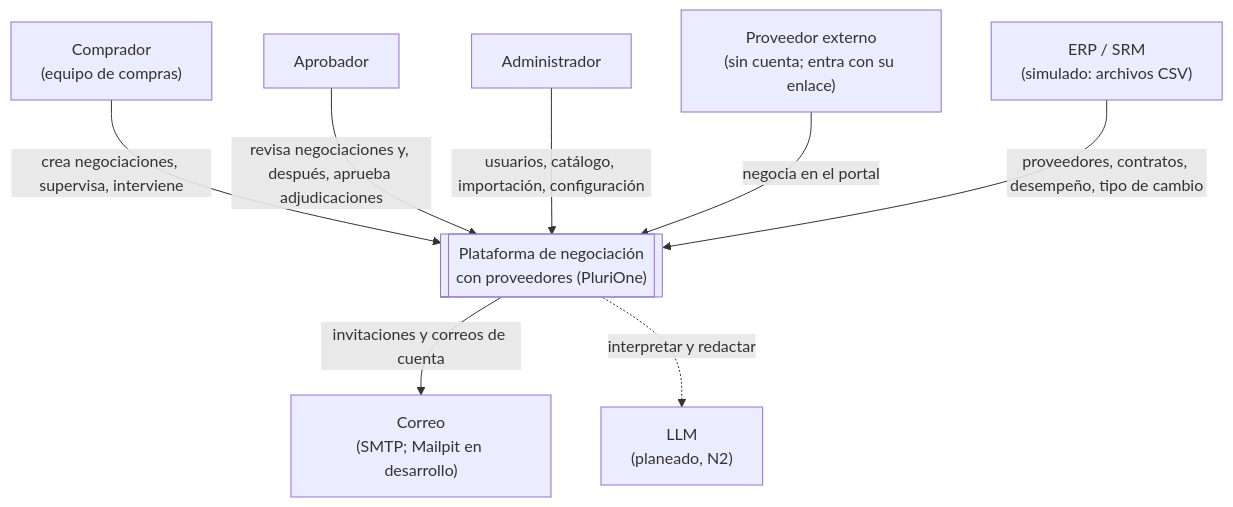
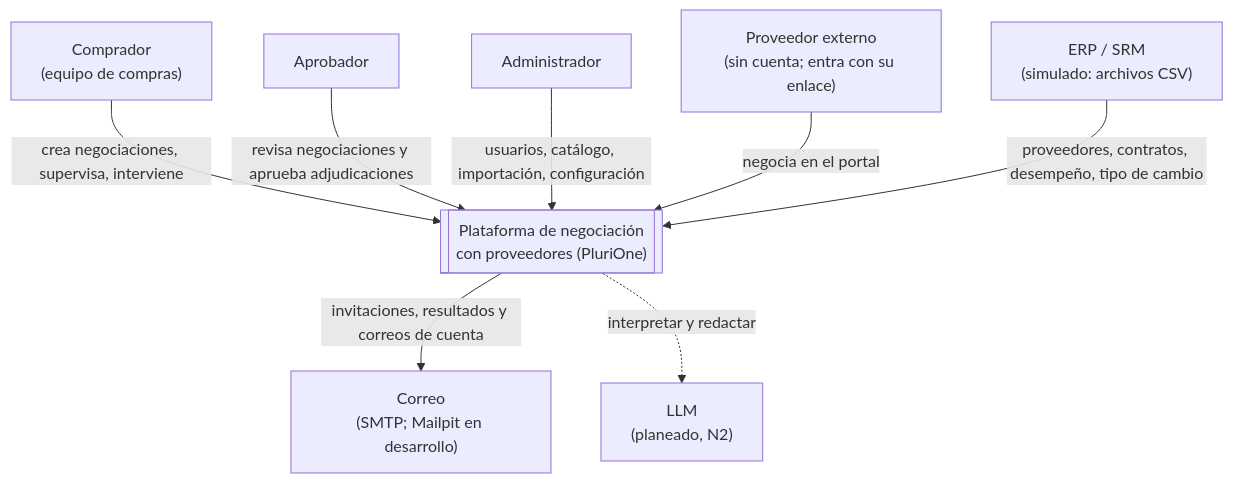
One commit to sibashdb/G19X-ITH-SDB-360-ACADEMIC changed the first of 4 diagrams in docs/arquitectura/c4.md. Above: the diagram before and after it, drawn with Mermaid. The commit also changed other lines of this file and 11 other files, not shown here.

````diff
--- a/docs/arquitectura/c4.md
+++ b/docs/arquitectura/c4.md
@@ -11,21 +11,21 @@
 ```mermaid
 flowchart TB
   comprador["Comprador<br/>(equipo de compras)"]
   aprobador["Aprobador"]
   admin["Administrador"]
   proveedor["Proveedor externo<br/>(sin cuenta; entra con su enlace)"]
 
   plataforma[["Plataforma de negociación<br/>con proveedores (PluriOne)"]]
 
   erp["ERP / SRM<br/>(simulado: archivos CSV)"]
   correo["Correo<br/>(SMTP; Mailpit en desarrollo)"]
   llm["LLM<br/>(planeado, N2)"]
 
   comprador -- "crea negociaciones, supervisa, interviene" --> plataforma
-  aprobador -- "revisa negociaciones y, después, aprueba adjudicaciones" --> plataforma
+  aprobador -- "revisa negociaciones y aprueba adjudicaciones" --> plataforma
   admin -- "usuarios, catálogo, importación, configuración" --> plataforma
   proveedor -- "negocia en el portal" --> plataforma
   erp -- "proveedores, contratos, desempeño, tipo de cambio" --> plataforma
-  plataforma -- "invitaciones y correos de cuenta" --> correo
+  plataforma -- "invitaciones, resultados y correos de cuenta" --> correo
   plataforma -. "interpretar y redactar" .-> llm
 ```
````
